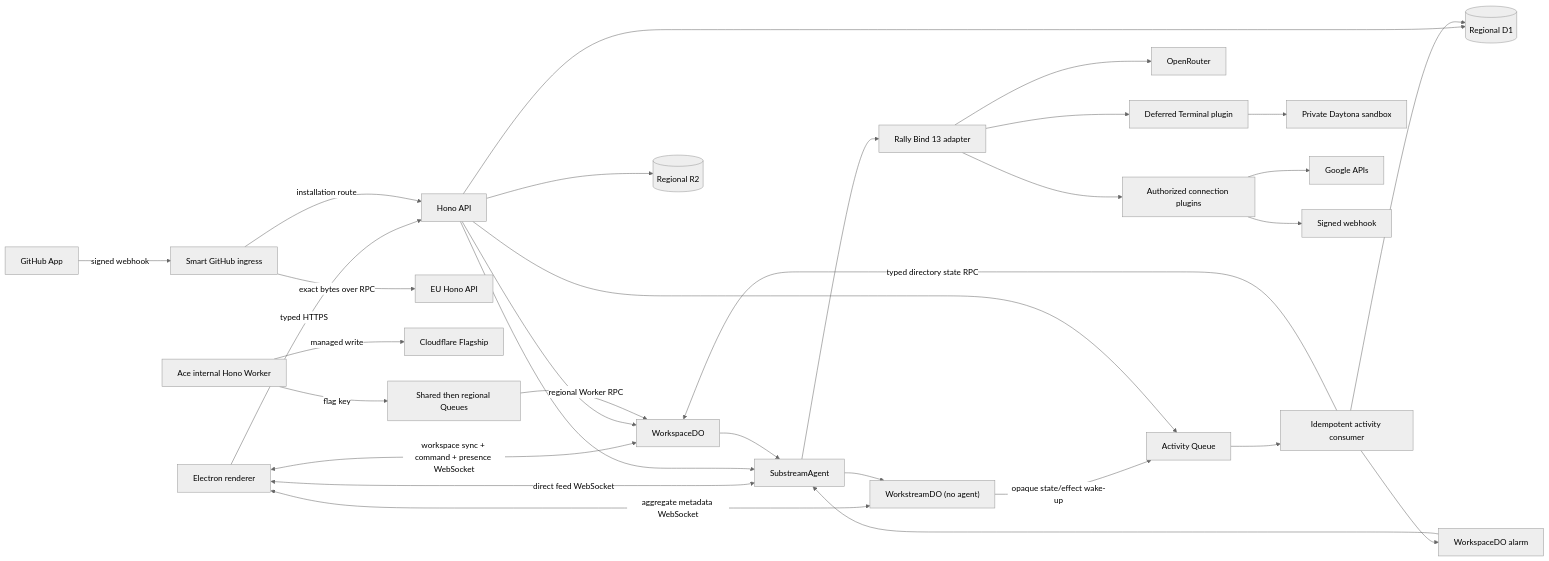
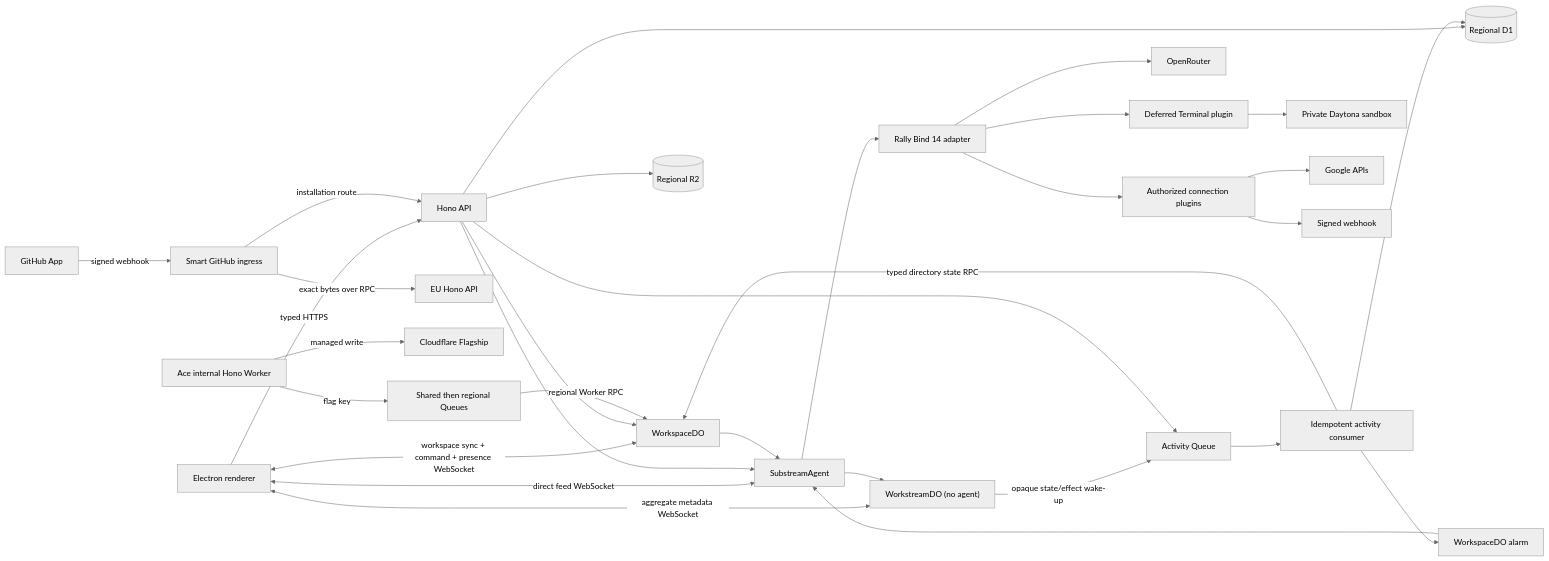
One commit to juno-ai-labs/avalon changed the diagram in docs/architecture.md. Above: the diagram before and after it, drawn with Mermaid (neutral theme). The commit also changed other lines of this file and 9 other files, not shown here.

````diff
--- a/docs/architecture.md
+++ b/docs/architecture.md
@@ -98,33 +98,33 @@
 ```mermaid
 flowchart LR
   E["Electron renderer"] -->|"typed HTTPS"| H["Hono API"]
   E <-->|"workspace sync + command + presence WebSocket"| WD["WorkspaceDO"]
   E <-->|"aggregate metadata WebSocket"| WS["WorkstreamDO (no agent)"]
   E <-->|"direct feed WebSocket"| SA["SubstreamAgent"]
   H --> D[("Regional D1")]
   H --> B[("Regional R2")]
   H --> WD
   H --> SA
   WD --> SA
   SA --> WS
   WS -->|"opaque state/effect wake-up"| Q
   H --> Q["Activity Queue"]
   GH["GitHub App"] -->|"signed webhook"| GI["Smart GitHub ingress"]
   GI -->|"installation route"| H
   GI -->|"exact bytes over RPC"| EH["EU Hono API"]
   Q --> C["Idempotent activity consumer"]
   C -->|"typed directory state RPC"| WD
   C --> D
   C --> S["WorkspaceDO alarm"]
   S --> SA
-  SA --> A["Rally Bind 13 adapter"]
+  SA --> A["Rally Bind 14 adapter"]
   A --> O["OpenRouter"]
   A --> T["Authorized connection plugins"]
   A --> X["Deferred Terminal plugin"]
   ACE["Ace internal Hono Worker"] -->|"managed write"| FF["Cloudflare Flagship"]
   ACE -->|"flag key"| FQ["Shared then regional Queues"]
   FQ -->|"regional Worker RPC"| WD
   X --> DT["Private Daytona sandbox"]
   T --> G["Google APIs"]
   T --> M["Signed webhook"]
 ```
````
